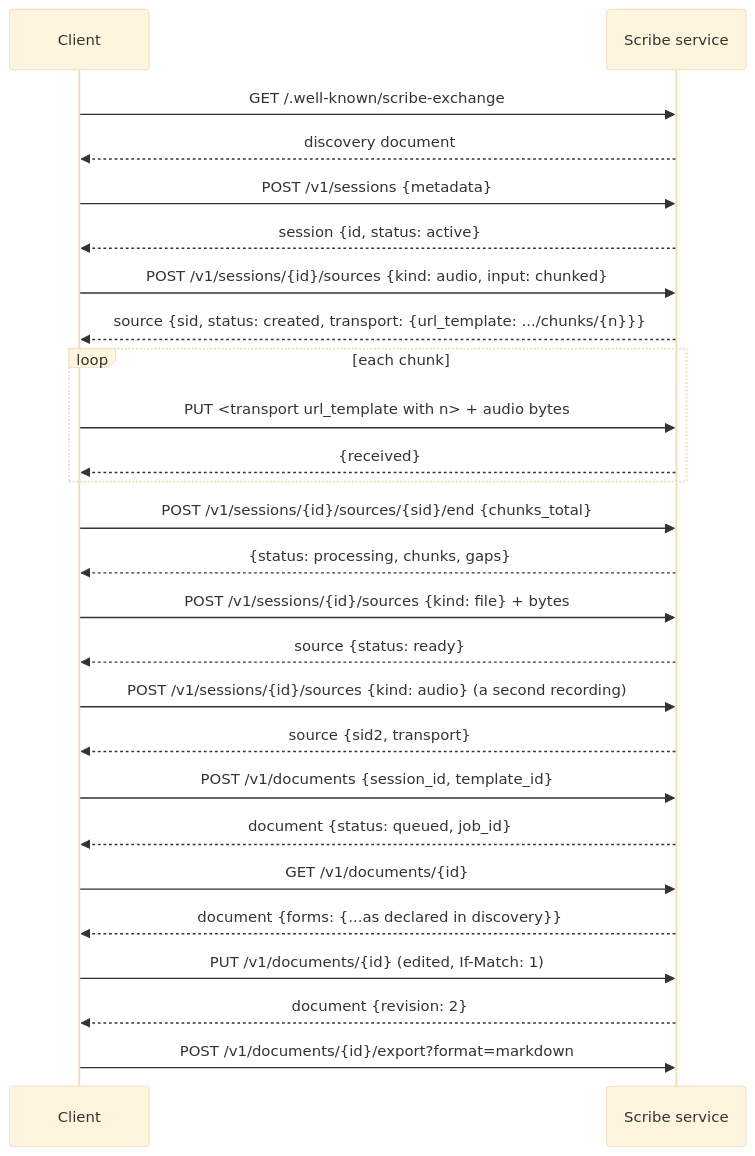
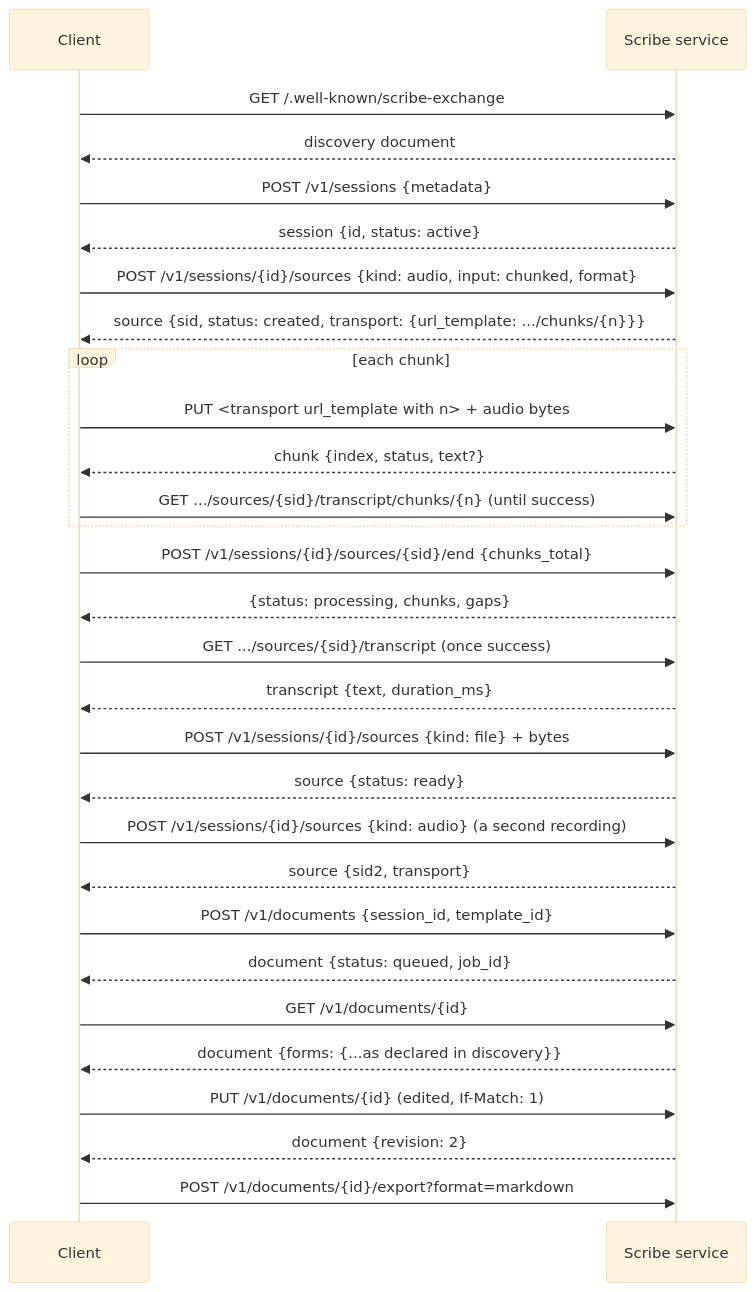
Before and after one commit to eka-care/scribeexchangeprotocol: the first of 2 diagrams in spec/02-architecture.md, drawn with Mermaid (base theme). The commit also changed other lines of this file and 27 other files, not shown here.

````diff
--- a/spec/02-architecture.md
+++ b/spec/02-architecture.md
@@ -23,28 +23,31 @@
 ```mermaid
 sequenceDiagram
   participant C as Client
   participant S as Scribe service
   C->>S: GET /.well-known/scribe-exchange
   S-->>C: discovery document
   C->>S: POST /v1/sessions {metadata}
   S-->>C: session {id, status: active}
-  C->>S: POST /v1/sessions/{id}/sources {kind: audio, input: chunked}
+  C->>S: POST /v1/sessions/{id}/sources {kind: audio, input: chunked, format}
   S-->>C: source {sid, status: created, transport: {url_template: .../chunks/{n}}}
   loop each chunk
     C->>S: PUT <transport url_template with n> + audio bytes
-    S-->>C: {received}
+    S-->>C: chunk {index, status, text?}
+    C->>S: GET .../sources/{sid}/transcript/chunks/{n}   (until success)
   end
   C->>S: POST /v1/sessions/{id}/sources/{sid}/end {chunks_total}
   S-->>C: {status: processing, chunks, gaps}
+  C->>S: GET .../sources/{sid}/transcript   (once success)
+  S-->>C: transcript {text, duration_ms}
   C->>S: POST /v1/sessions/{id}/sources {kind: file} + bytes
   S-->>C: source {status: ready}
   C->>S: POST /v1/sessions/{id}/sources {kind: audio}   (a second recording)
   S-->>C: source {sid2, transport}
   C->>S: POST /v1/documents {session_id, template_id}
   S-->>C: document {status: queued, job_id}
   C->>S: GET /v1/documents/{id}
   S-->>C: document {forms: {...as declared in discovery}}
   C->>S: PUT /v1/documents/{id} (edited, If-Match: 1)
   S-->>C: document {revision: 2}
   C->>S: POST /v1/documents/{id}/export?format=markdown
 ```
````
